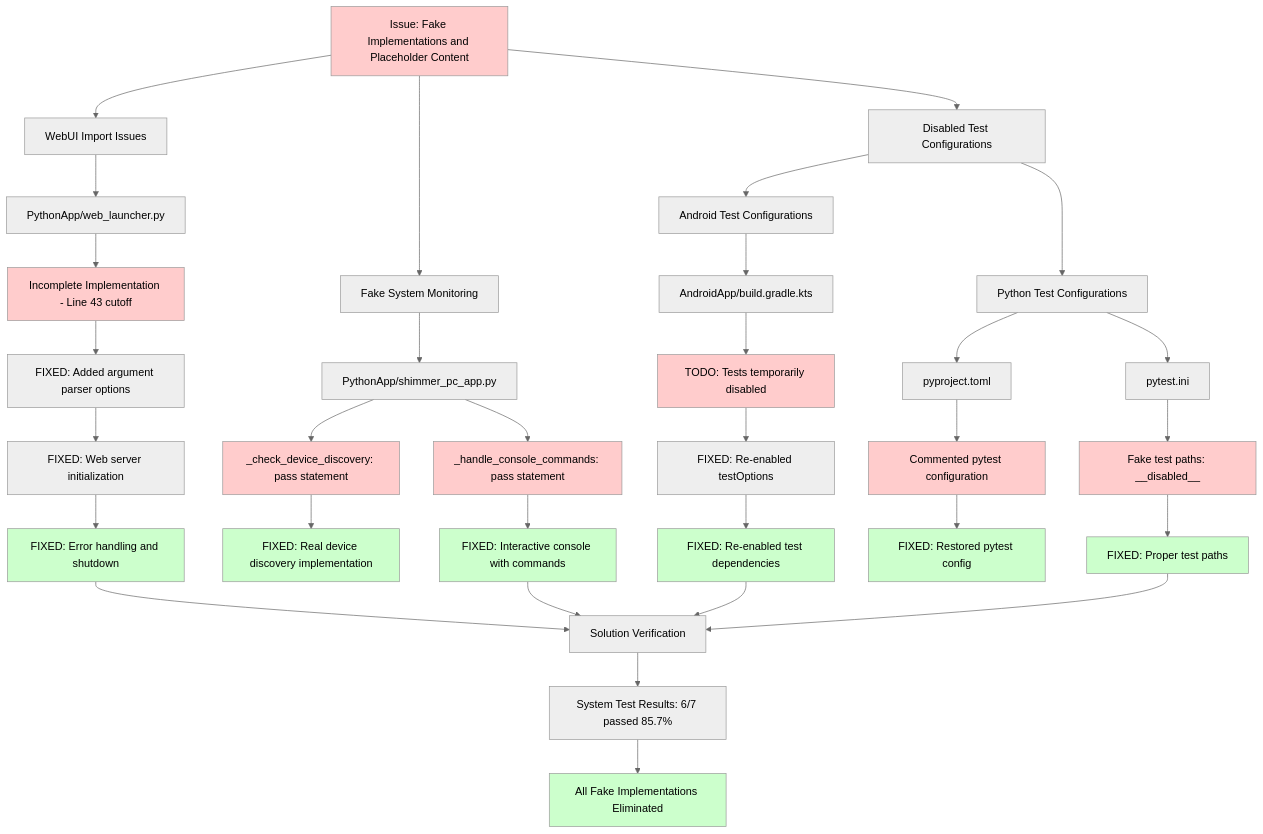
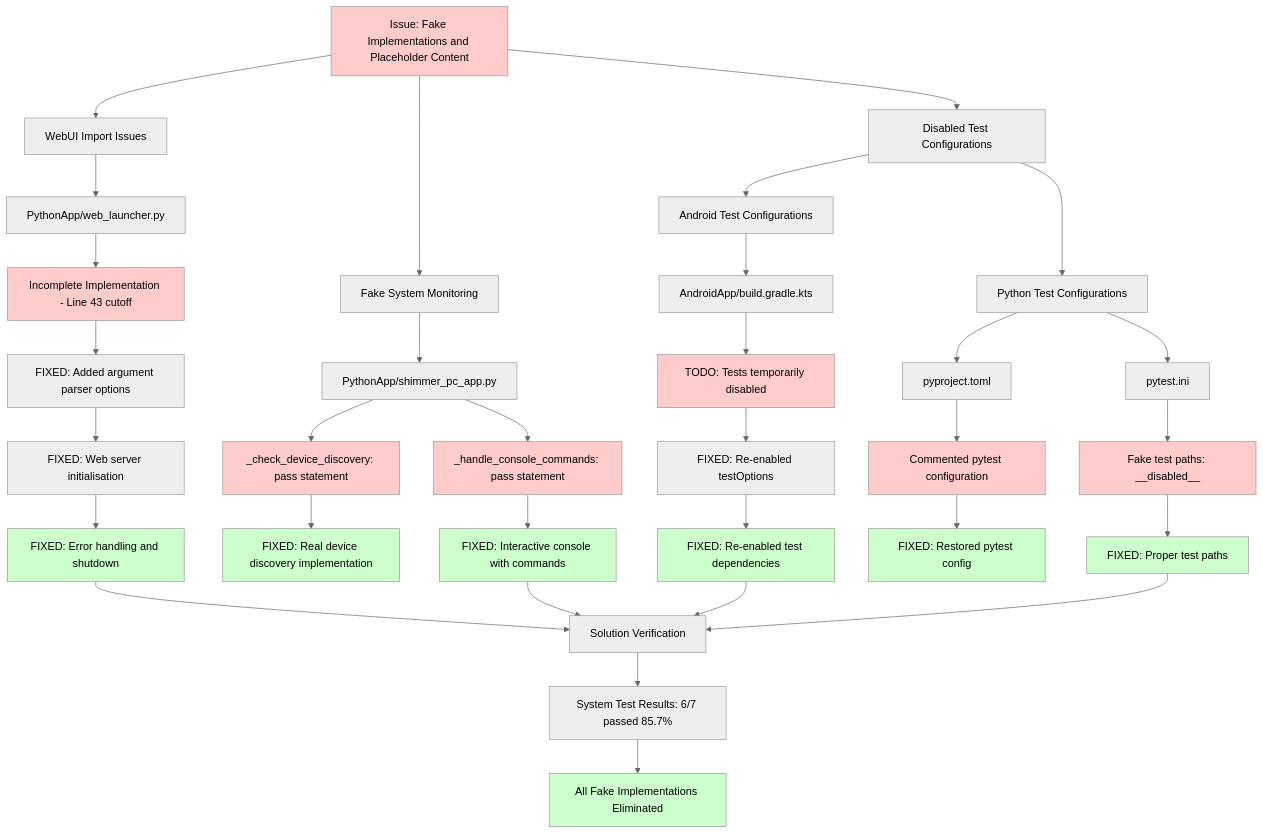
One commit to buccancs/fyp-multi-sensor-recording-system changed the diagram in docs/diagrams/mermaid_fake_implementations_cleanup.md. Above: the diagram before and after it, drawn with Mermaid (neutral theme). The commit also changed other lines of this file and 67 other files, not shown here.

````diff
--- a/docs/diagrams/mermaid_fake_implementations_cleanup.md
+++ b/docs/diagrams/mermaid_fake_implementations_cleanup.md
@@ -6,57 +6,57 @@
 ```mermaid
 graph TD
     A[Issue: Fake Implementations and Placeholder Content] --> B[WebUI Import Issues]
     A --> C[Fake System Monitoring]
     A --> D[Disabled Test Configurations]
     
     B --> B1[PythonApp/web_launcher.py]
     B1 --> B2[Incomplete Implementation - Line 43 cutoff]
     B2 --> B3[FIXED: Added argument parser options]
-    B3 --> B4[FIXED: Web server initialization]
+    B3 --> B4[FIXED: Web server initialisation]
     B4 --> B5[FIXED: Error handling and shutdown]
     
     C --> C1[PythonApp/shimmer_pc_app.py]
     C1 --> C2[_check_device_discovery: pass statement]
     C1 --> C3[_handle_console_commands: pass statement]
     C2 --> C4[FIXED: Real device discovery implementation]
     C3 --> C5[FIXED: Interactive console with commands]
     
     D --> D1[Android Test Configurations]
     D --> D2[Python Test Configurations]
     
     D1 --> D1A[AndroidApp/build.gradle.kts]
     D1A --> D1B[TODO: Tests temporarily disabled]
     D1B --> D1C[FIXED: Re-enabled testOptions]
     D1C --> D1D[FIXED: Re-enabled test dependencies]
     
     D2 --> D2A[pyproject.toml]
     D2 --> D2B[pytest.ini]
     D2A --> D2C[Commented pytest configuration]
     D2B --> D2D[Fake test paths: __disabled__]
     D2C --> D2E[FIXED: Restored pytest config]
     D2D --> D2F[FIXED: Proper test paths]
     
     B5 --> E[Solution Verification]
     C5 --> E
     D1D --> E
     D2F --> E
     
     E --> F[System Test Results: 6/7 passed 85.7%]
     F --> G[All Fake Implementations Eliminated]
     
     style A fill:#ffcccc
     style B2 fill:#ffcccc
     style C2 fill:#ffcccc
     style C3 fill:#ffcccc
     style D1B fill:#ffcccc
     style D2C fill:#ffcccc
     style D2D fill:#ffcccc
     
     style B5 fill:#ccffcc
     style C4 fill:#ccffcc
     style C5 fill:#ccffcc
     style D1D fill:#ccffcc
     style D2E fill:#ccffcc
     style D2F fill:#ccffcc
     style G fill:#ccffcc
 ```
````
